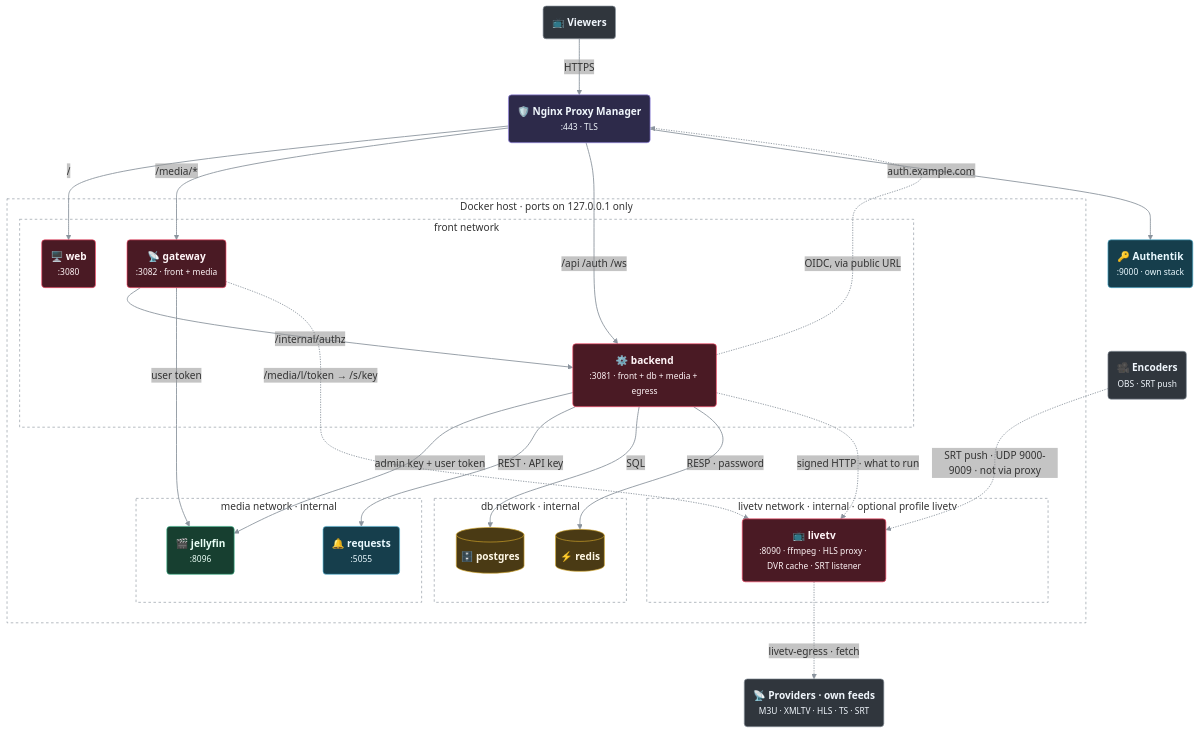
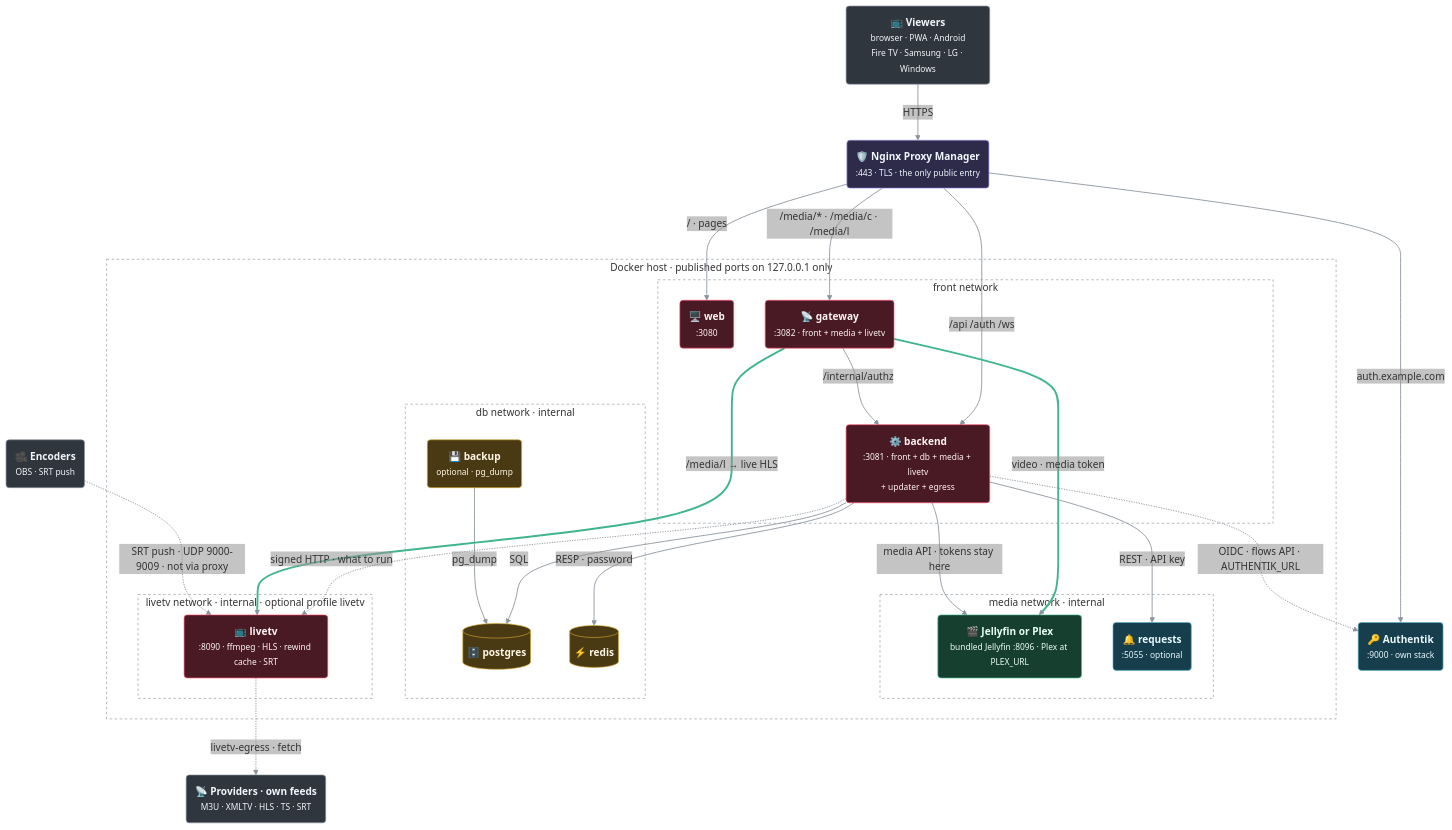
One commit to LetsManu/friendflix changed the first of 4 diagrams in docs/architecture.md. Above: the diagram before and after it, drawn with Mermaid. The commit also changed other lines of this file and 2 other files, not shown here.

````diff
--- a/docs/architecture.md
+++ b/docs/architecture.md
@@ -7,69 +7,72 @@
 ```mermaid
 ---
 config:
   flowchart:
     curve: basis
     nodeSpacing: 50
     rankSpacing: 65
     padding: 14
   themeVariables:
     edgeLabelBackground: 'rgba(150,150,150,0.12)'
   themeCSS: '.labelBkg { background-color: rgba(127,127,127,0.12) !important; }'
 ---
 flowchart TB
   accTitle: FriendFlix containers and networks
-  accDescr: Viewers reach Nginx Proxy Manager, which routes to web, backend and gateway on the front network. The backend alone also reaches Postgres and Redis on the internal db network and the media services on the internal media network. Authentik is reached through the proxy. With the optional Live TV profile, backend and gateway reach the livetv service on its own internal network; livetv alone reaches the providers, and encoders can push SRT feeds into its UDP range.
-  V("📺 <b>Viewers</b>"):::ext
-  NPM("🛡️ <b>Nginx Proxy Manager</b><br/><small>:443 · TLS</small>"):::edge
+  accDescr: Viewers reach Nginx Proxy Manager, the only public entry, which routes to web, backend and gateway on the front network. The gateway asks the backend before every media request and streams from the media server, Jellyfin or Plex, on the internal media network. The backend alone reaches Postgres and Redis on the internal db network and the request service on the media network, and signs in through Authentik. With the optional Live TV profile, backend and gateway reach the livetv service on its own internal network; only livetv reaches the providers, and encoders can push SRT feeds into its UDP range.
+  V("📺 <b>Viewers</b><br/><small>browser · PWA · Android<br/>Fire TV · Samsung · LG · Windows</small>"):::ext
+  NPM("🛡️ <b>Nginx Proxy Manager</b><br/><small>:443 · TLS · the only public entry</small>"):::edge
   AK("🔑 <b>Authentik</b><br/><small>:9000 · own stack</small>"):::svc
-  PV("📡 <b>Providers · own feeds</b><br/><small>M3U · XMLTV · HLS · TS · SRT</small>"):::ext
-  ENC("🎥 <b>Encoders</b><br/><small>OBS · SRT push</small>"):::ext
-  subgraph HOST["Docker host · ports on 127.0.0.1 only"]
+  subgraph HOST["Docker host · published ports on 127.0.0.1 only"]
     subgraph FRONT["front network"]
       WEB("🖥️ <b>web</b><br/><small>:3080</small>"):::app
-      GW("📡 <b>gateway</b><br/><small>:3082 · front + media</small>"):::app
-      BE("⚙️ <b>backend</b><br/><small>:3081 · front + db + media + egress</small>"):::app
+      GW("📡 <b>gateway</b><br/><small>:3082 · front + media + livetv</small>"):::app
+      BE("⚙️ <b>backend</b><br/><small>:3081 · front + db + media + livetv<br/>+ updater + egress</small>"):::app
     end
     subgraph MEDIA["media network · internal"]
-      S("🎬 <b>jellyfin</b><br/><small>:8096</small>"):::media
-      SE("🔔 <b>requests</b><br/><small>:5055</small>"):::svc
-    end
-    subgraph LTV["livetv network · internal · optional profile livetv"]
-      LT("📺 <b>livetv</b><br/><small>:8090 · ffmpeg · HLS proxy · DVR cache · SRT listener</small>"):::app
+      S("🎬 <b>Jellyfin or Plex</b><br/><small>bundled Jellyfin :8096 · Plex at PLEX_URL</small>"):::media
+      SE("🔔 <b>requests</b><br/><small>:5055 · optional</small>"):::svc
     end
     subgraph DB["db network · internal"]
       PG[("🗄️ <b>postgres</b>")]:::store
       RD[("⚡ <b>redis</b>")]:::store
+      BK("💾 <b>backup</b><br/><small>optional · pg_dump</small>"):::store
+    end
+    subgraph LTV["livetv network · internal · optional profile livetv"]
+      LT("📺 <b>livetv</b><br/><small>:8090 · ffmpeg · HLS · rewind cache · SRT</small>"):::app
     end
   end
+  PV("📡 <b>Providers · own feeds</b><br/><small>M3U · XMLTV · HLS · TS · SRT</small>"):::ext
+  ENC("🎥 <b>Encoders</b><br/><small>OBS · SRT push</small>"):::ext
 
   V -->|HTTPS| NPM
-  NPM -->|"/"| WEB
-  NPM -->|"/media/*"| GW
+  NPM -->|"/ · pages"| WEB
+  NPM -->|"/media/* · /media/c · /media/l"| GW
   NPM -->|"/api /auth /ws"| BE
   NPM -->|"auth.example.com"| AK
   GW -->|"/internal/authz"| BE
-  GW ==>|"user token"| S
-  BE -->|"admin key + user token"| S
+  GW ==>|"video · media token"| S
+  BE -->|"media API · tokens stay here"| S
   BE -->|"REST · API key"| SE
   BE -->|SQL| PG
   BE -->|"RESP · password"| RD
-  BE -.->|"OIDC, via public URL"| NPM
+  BK -->|pg_dump| PG
+  BE -.->|"OIDC · flows API · AUTHENTIK_URL"| AK
   BE -.->|"signed HTTP · what to run"| LT
-  GW -.->|"/media/l/token → /s/key"| LT
+  GW ==>|"/media/l → live HLS"| LT
   LT -.->|"livetv-egress · fetch"| PV
   ENC -.->|"SRT push · UDP 9000-9009 · not via proxy"| LT
   classDef ext fill:#30363d,stroke:#8b949e,stroke-width:1px,color:#f0f6fc
   classDef edge fill:#2d2a4a,stroke:#9d8cf0,stroke-width:1px,color:#f0f6fc
   classDef app fill:#4a1a24,stroke:#ff4f6d,stroke-width:1px,color:#fff5f7
   classDef store fill:#4a3a14,stroke:#d4a72c,stroke-width:1px,color:#fff8e6
   classDef media fill:#173f30,stroke:#3fb68b,stroke-width:1px,color:#eafff6
   classDef svc fill:#163e4c,stroke:#56b6d6,stroke-width:1px,color:#eaf9ff
   classDef fork fill:#4a1d3c,stroke:#e070b0,stroke-width:1px,stroke-dasharray:4 3,color:#fff0f8
   linkStyle default stroke:#8b949e,stroke-width:1.4px
+  linkStyle 6,14 stroke:#3fb68b,stroke-width:3px
   style HOST fill:none,stroke:#8b949e,stroke-width:1px,stroke-dasharray:4 4
   style FRONT fill:none,stroke:#8b949e,stroke-width:1px,stroke-dasharray:4 4
   style DB fill:none,stroke:#8b949e,stroke-width:1px,stroke-dasharray:4 4
   style MEDIA fill:none,stroke:#8b949e,stroke-width:1px,stroke-dasharray:4 4
   style LTV fill:none,stroke:#8b949e,stroke-width:1px,stroke-dasharray:4 4
 ```
````
